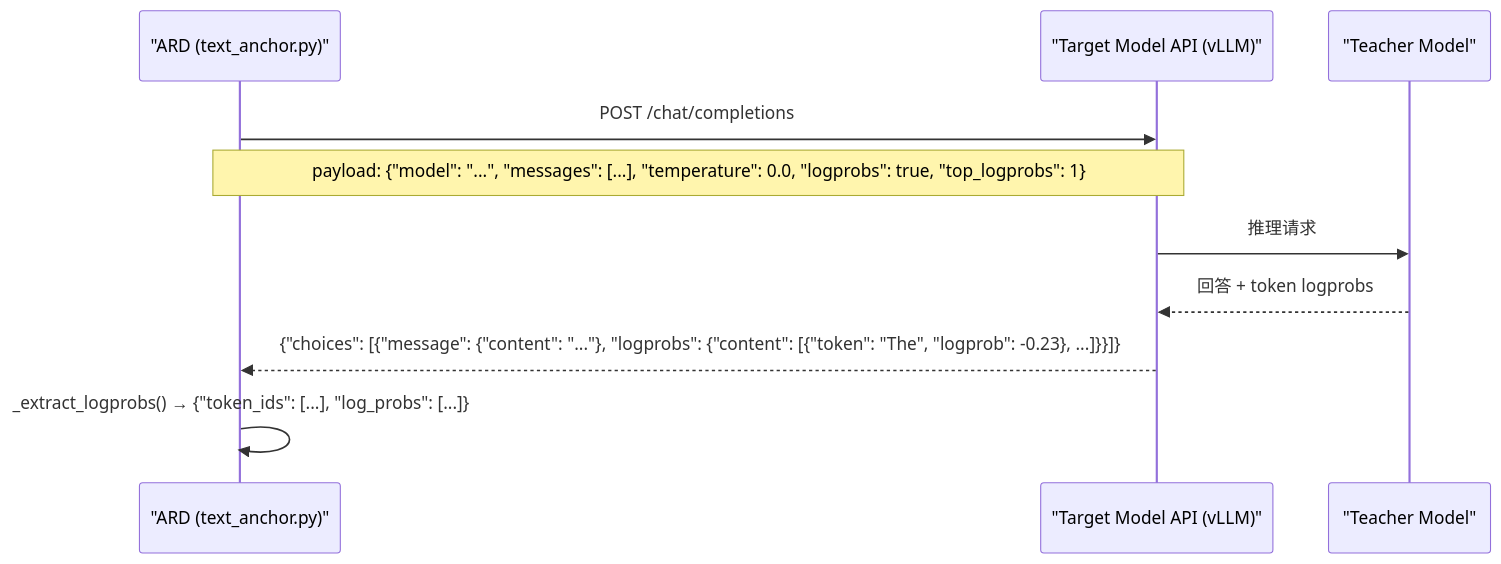
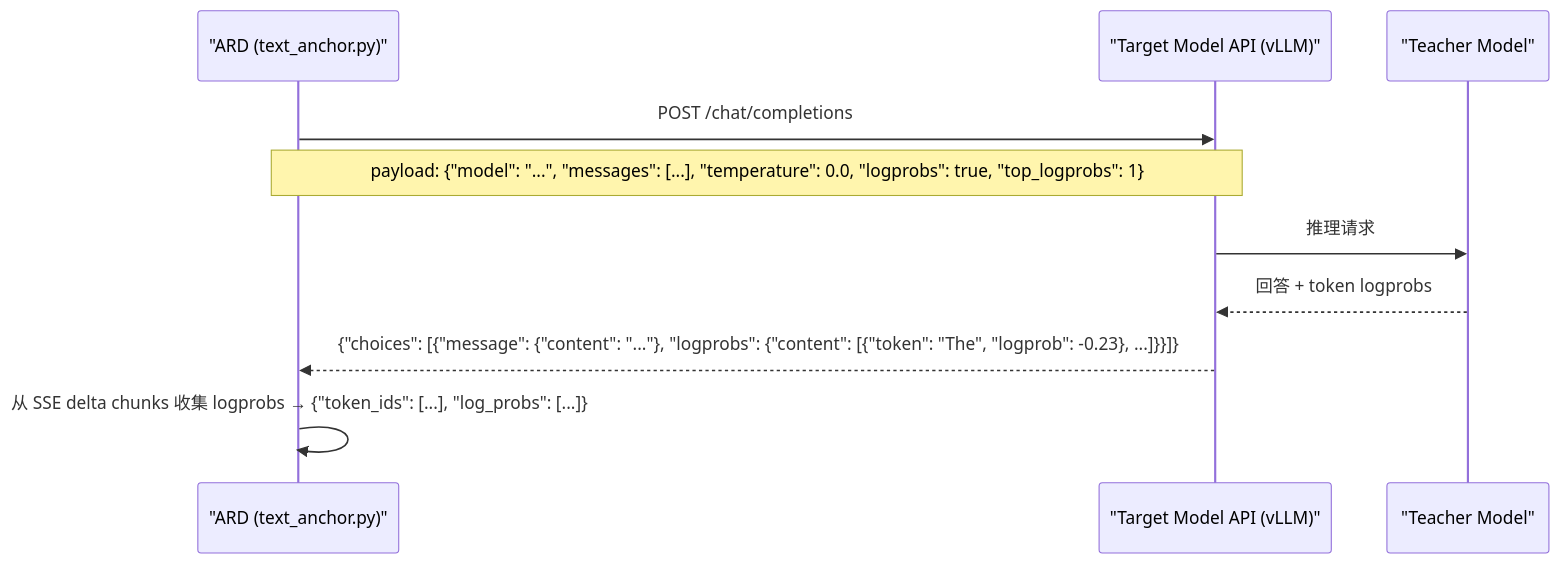
The fourth of 7 diagrams in docs/architecture.md (godthrone/anchor-replay-distillation), drawn with Mermaid before and after one commit. The commit also changed other lines of this file and 1 other file, not shown here.

First line of the commit message:
refactor: unify all API requests under streaming SSE

````diff
--- a/docs/architecture.md
+++ b/docs/architecture.md
@@ -324,16 +324,16 @@
 ```mermaid
 sequenceDiagram
     participant ARD as "ARD (text_anchor.py)"
     participant API as "Target Model API (vLLM)"
     participant Model as "Teacher Model"
 
     ARD->>API: POST /chat/completions
     Note over ARD,API: payload: {"model": "...", "messages": [...], "temperature": 0.0, "logprobs": true, "top_logprobs": 1}
 
     API->>Model: 推理请求
     Model-->>API: 回答 + token logprobs
 
     API-->>ARD: {"choices": [{"message": {"content": "..."}, "logprobs": {"content": [{"token": "The", "logprob": -0.23}, ...]}}]}
 
-    ARD->>ARD: _extract_logprobs() → {"token_ids": [...], "log_probs": [...]}
+    ARD->>ARD: 从 SSE delta chunks 收集 logprobs → {"token_ids": [...], "log_probs": [...]}
 ```
````
